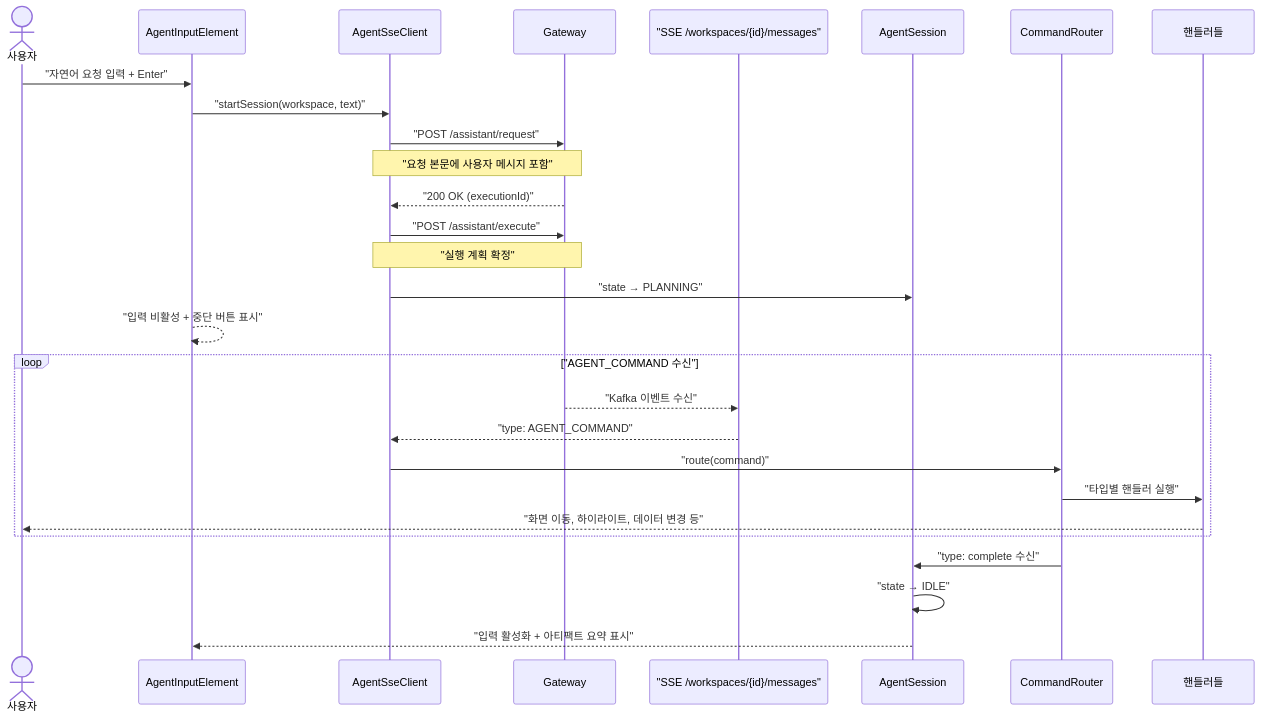
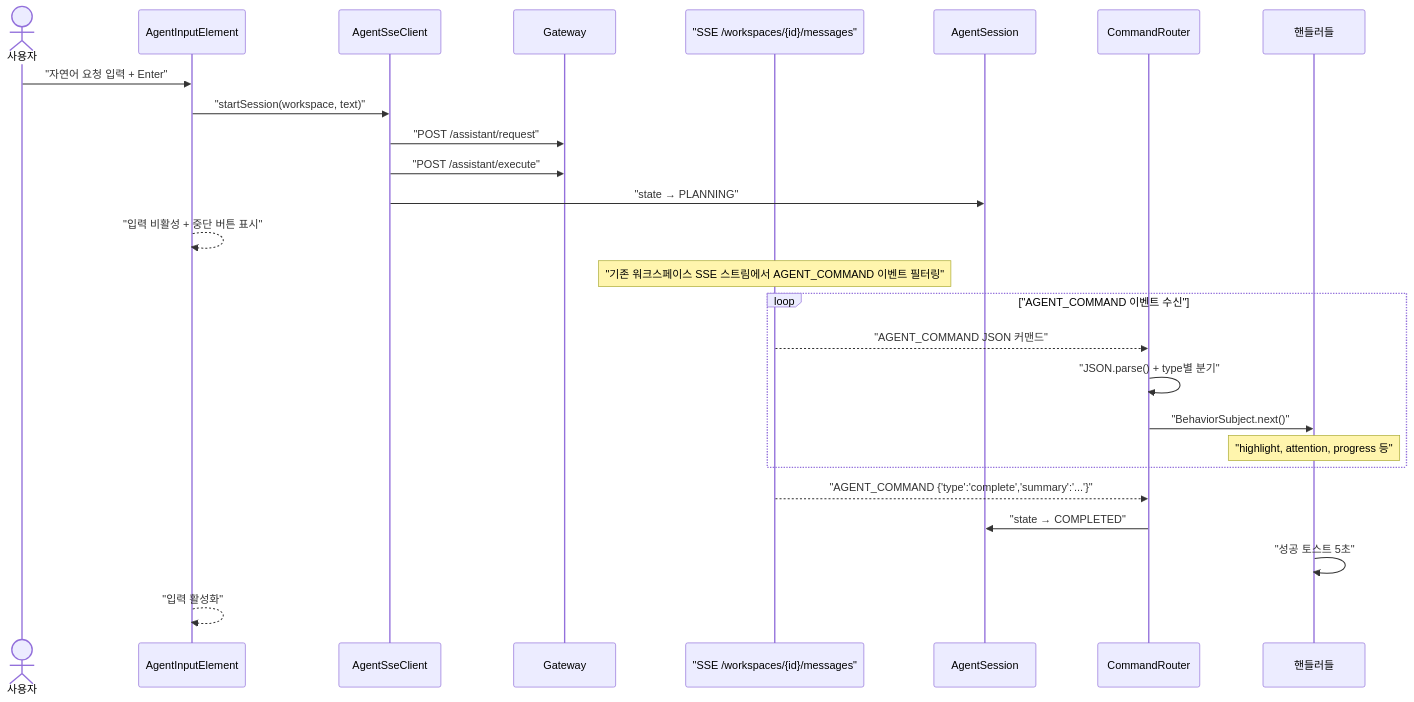
One commit to sayaya1090/handbook changed the first of 6 diagrams in agent-ui/USECASE.md. Above: the diagram before and after it, drawn with Mermaid. The commit also changed other lines of this file and 2 other files, not shown here.

Commit message:
docs: 유실되었던 상세 유스케이스 문서 전체 복구 (type-ui, agent-ui, document-ui)

````diff
--- a/agent-ui/USECASE.md
+++ b/agent-ui/USECASE.md
@@ -7,34 +5,32 @@
 ```mermaid
 sequenceDiagram
     actor User as 사용자
     participant Input as AgentInputElement
     participant Client as AgentSseClient
     participant GW as Gateway
     participant SSE as "SSE /workspaces/{id}/messages"
     participant Session as AgentSession
     participant Router as CommandRouter
     participant Handlers as 핸들러들
 
     User->>Input: "자연어 요청 입력 + Enter"
     Input->>Client: "startSession(workspace, text)"
     Client->>GW: "POST /assistant/request"
-    Note over Client,GW: "요청 본문에 사용자 메시지 포함"
-    GW-->>Client: "200 OK (executionId)"
-    
     Client->>GW: "POST /assistant/execute"
-    Note over Client,GW: "실행 계획 확정"
     Client->>Session: "state → PLANNING"
     Input-->>Input: "입력 비활성 + 중단 버튼 표시"
 
-    loop "AGENT_COMMAND 수신"
-        GW-->>SSE: "Kafka 이벤트 수신"
-        SSE-->>Client: "type: AGENT_COMMAND"
-        Client->>Router: "route(command)"
-        Router->>Handlers: "타입별 핸들러 실행"
-        Handlers-->>User: "화면 이동, 하이라이트, 데이터 변경 등"
+    Note over SSE: "기존 워크스페이스 SSE 스트림에서 AGENT_COMMAND 이벤트 필터링"
+
+    loop "AGENT_COMMAND 이벤트 수신"
+        SSE-->>Router: "AGENT_COMMAND JSON 커맨드"
+        Router->>Router: "JSON.parse() + type별 분기"
+        Router->>Handlers: "BehaviorSubject.next()"
+        Note over Handlers: "highlight, attention, progress 등"
     end
 
-    Router->>Session: "type: complete 수신"
-    Session->>Session: "state → IDLE"
-    Session-->>Input: "입력 활성화 + 아티팩트 요약 표시"
+    SSE-->>Router: "AGENT_COMMAND {'type':'complete','summary':'...'}"
+    Router->>Session: "state → COMPLETED"
+    Handlers->>Handlers: "성공 토스트 5초"
+    Input-->>Input: "입력 활성화"
 ```
````
